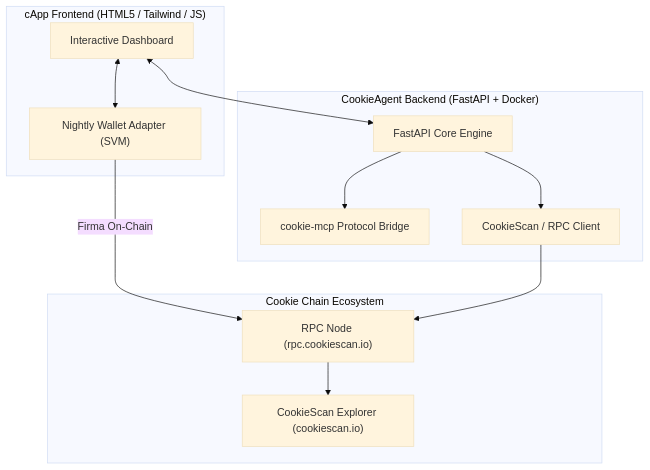
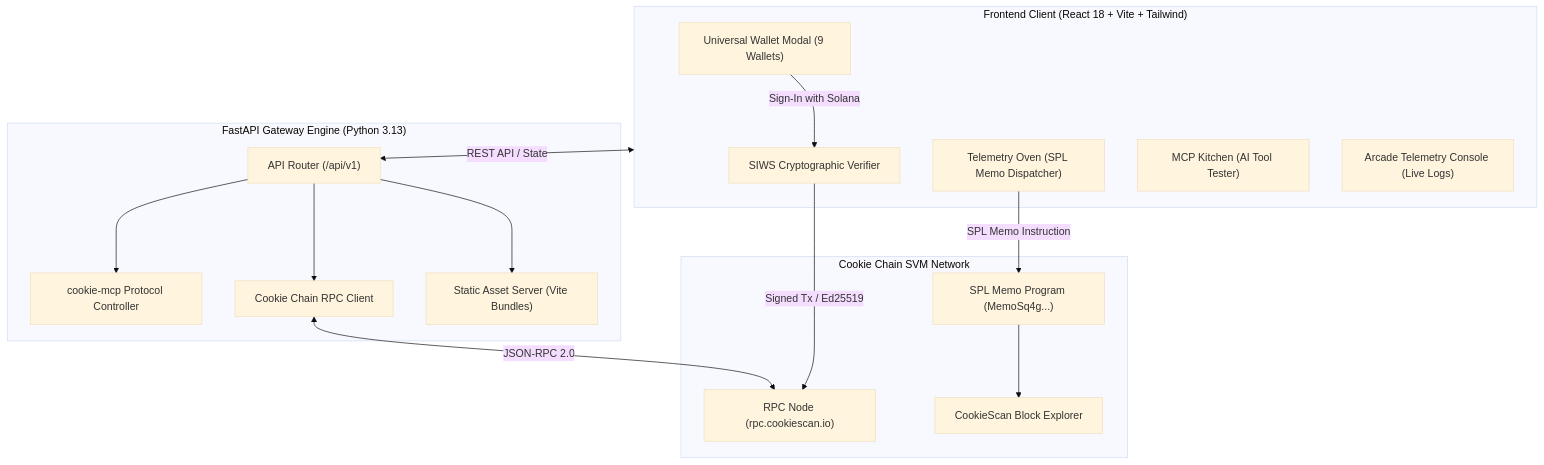
One commit to koamg1/cookie-agent-capp changed the diagram in README.md. Above: the diagram before and after it, drawn with Mermaid (base theme). The commit also changed other lines of this file and 9 other files, not shown here.

Commit message:
docs: revamp master README and add Cookie Chain wallet guide; feat: expand to 9 SVM wallets with universal SIWS adapter

````diff
--- a/README.md
+++ b/README.md
@@ -31,26 +67,33 @@
 ```mermaid
 flowchart TD
-    subgraph CLIENT["cApp Frontend (HTML5 / Tailwind / JS)"]
-        UI["Interactive Dashboard"]
-        NIGHTLY["Nightly Wallet Adapter (SVM)"]
+    subgraph CLIENT["Frontend Client (React 18 + Vite + Tailwind)"]
+        MODAL["Universal Wallet Modal (9 Wallets)"]
+        SIWS["SIWS Cryptographic Verifier"]
+        OVEN["Telemetry Oven (SPL Memo Dispatcher)"]
+        KITCHEN["MCP Kitchen (AI Tool Tester)"]
+        CONSOLE["Arcade Telemetry Console (Live Logs)"]
     end
 
-    subgraph GATEWAY["CookieAgent Backend (FastAPI + Docker)"]
-        CORE["FastAPI Core Engine"]
-        MCP["cookie-mcp Protocol Bridge"]
-        DAS["CookieScan / RPC Client"]
+    subgraph BACKEND["FastAPI Gateway Engine (Python 3.13)"]
+        ROUTER["API Router (/api/v1)"]
+        MCP_GATEWAY["cookie-mcp Protocol Controller"]
+        DAS_CLIENT["Cookie Chain RPC Client"]
+        STATIC_SRV["Static Asset Server (Vite Bundles)"]
     end
 
-    subgraph ONCHAIN["Cookie Chain Ecosystem"]
+    subgraph ONCHAIN["Cookie Chain SVM Network"]
         RPC["RPC Node (rpc.cookiescan.io)"]
-        SCAN["CookieScan Explorer (cookiescan.io)"]
+        MEMO_PROG["SPL Memo Program (MemoSq4g...)"]
+        SCANNER["CookieScan Block Explorer"]
     end
 
-    UI <--> NIGHTLY
-    NIGHTLY -->|Firma On-Chain| RPC
-    UI <--> CORE
-    CORE --> MCP
-    CORE --> DAS
-    DAS --> RPC
-    RPC --> SCAN
+    CLIENT <-->|REST API / State| ROUTER
+    MODAL -->|Sign-In with Solana| SIWS
+    SIWS -->|Signed Tx / Ed25519| RPC
+    OVEN -->|SPL Memo Instruction| MEMO_PROG
+    MEMO_PROG --> SCANNER
+    ROUTER --> MCP_GATEWAY
+    ROUTER --> DAS_CLIENT
+    DAS_CLIENT <-->|JSON-RPC 2.0| RPC
+    ROUTER --> STATIC_SRV
 ```
````
